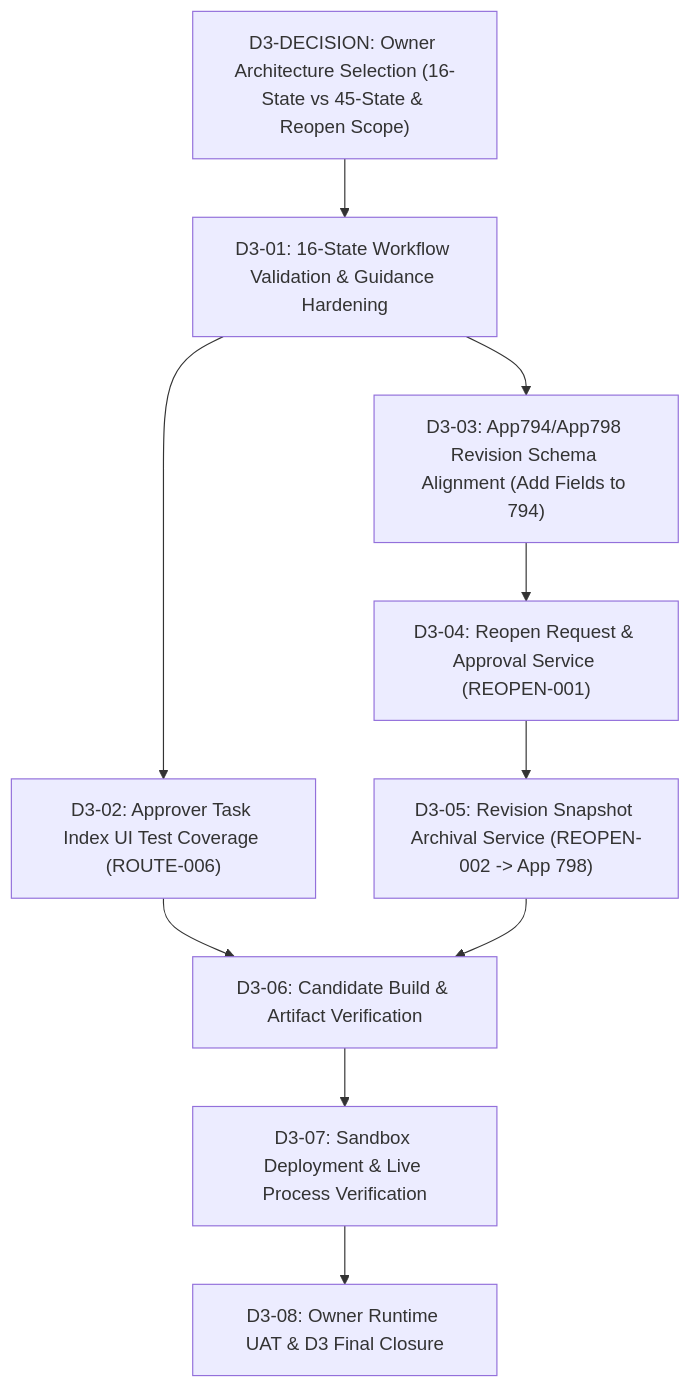
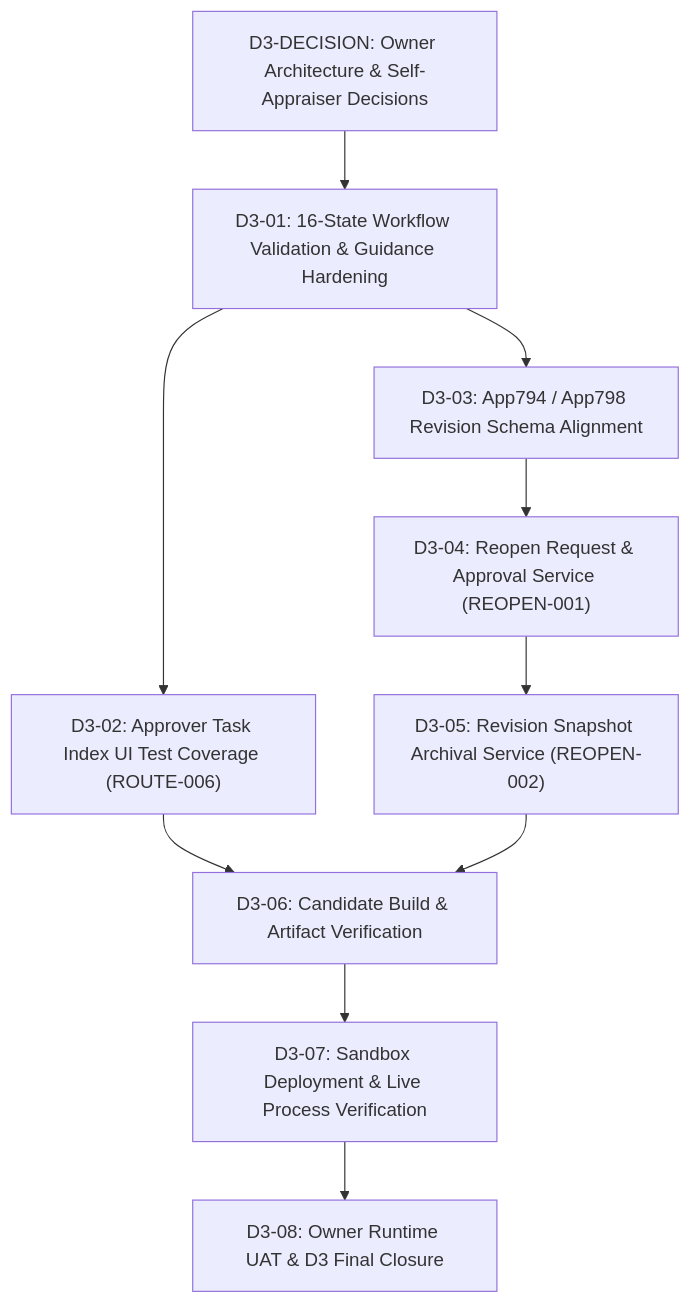
Before and after one commit to rebootob/MBO2026: the diagram in project-docs/D3_PRE1_WORKFLOW_REOPEN_SCOPE_READINESS_GAP_REVIEW.md, drawn with Mermaid. The commit also changed other lines of this file and 6 other files, not shown here.

Commit message:
docs(d3): correct workflow authority and reopen evidence

````diff
--- a/project-docs/D3_PRE1_WORKFLOW_REOPEN_SCOPE_READINESS_GAP_REVIEW.md
+++ b/project-docs/D3_PRE1_WORKFLOW_REOPEN_SCOPE_READINESS_GAP_REVIEW.md
@@ -230,12 +240,12 @@
 ```mermaid
 graph TD
-    A["D3-DECISION: Owner Architecture Selection (16-State vs 45-State & Reopen Scope)"] --> B["D3-01: 16-State Workflow Validation & Guidance Hardening"]
+    A["D3-DECISION: Owner Architecture & Self-Appraiser Decisions"] --> B["D3-01: 16-State Workflow Validation & Guidance Hardening"]
     B --> C["D3-02: Approver Task Index UI Test Coverage (ROUTE-006)"]
-    B --> D["D3-03: App794/App798 Revision Schema Alignment (Add Fields to 794)"]
+    B --> D["D3-03: App794 / App798 Revision Schema Alignment"]
     D --> E["D3-04: Reopen Request & Approval Service (REOPEN-001)"]
-    E --> F["D3-05: Revision Snapshot Archival Service (REOPEN-002 -> App 798)"]
+    E --> F["D3-05: Revision Snapshot Archival Service (REOPEN-002)"]
     C --> G["D3-06: Candidate Build & Artifact Verification"]
     F --> G
     G --> H["D3-07: Sandbox Deployment & Live Process Verification"]
     H --> I["D3-08: Owner Runtime UAT & D3 Final Closure"]
 ```
````
